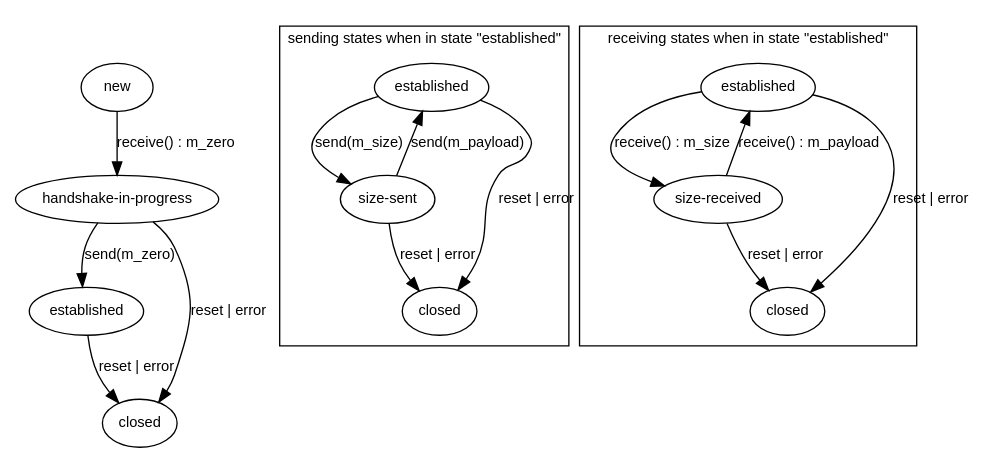
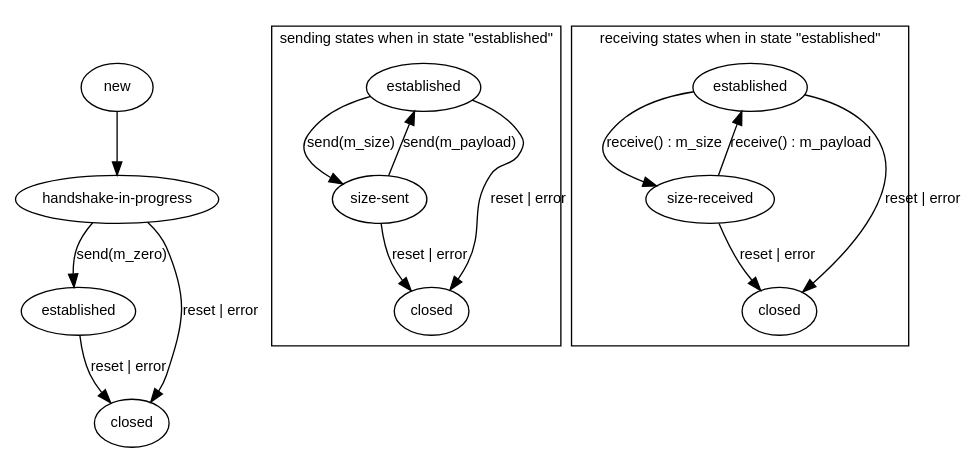
One commit to open-rsx/rsb-manual changed the second of 2 diagrams in specification-socket.rst. Above: the diagram before and after it, drawn with Graphviz. The commit also changed other lines of this file, not shown here.

First line of the commit message:
Fix description of setup handshake protocol

```diff
--- a/specification-socket.rst
+++ b/specification-socket.rst
@@ -182,37 +180,37 @@
 .. digraph:: server_states
 
    fontname=Arial
    fontsize=11
    node [fontsize=11,fontname=Arial]
    edge [fontsize=11,fontname=Arial]
 
    "new";
    "handshake-in-progress";
    "established";
    "closed";
-   "new" -> "handshake-in-progress" [label="receive() : m_zero"];
+   "new" -> "handshake-in-progress";
    "handshake-in-progress" -> "established" [label="send(m_zero)"];
    "handshake-in-progress" -> "closed" [label="reset | error"];
    "established" -> "closed" [label="reset | error"];
 
     subgraph cluster_established_send {
      label="sending states when in state \"established\""
      "established-send" [label="established"];
      "size-sent";
      "closed-send" [label="closed"];
      "established-send" -> "size-sent" [label="send(m_size)"];
      "size-sent" -> "established-send" [label="send(m_payload)"];
      "established-send" -> "closed-send" [label="reset | error"];
      "size-sent" -> "closed-send" [label="reset | error"];
    };
 
     subgraph cluster_established_receive {
      label="receiving states when in state \"established\""
      "established-receive" [label="established"];
      "size-received";
      "closed-receive" [label="closed"];
      "established-receive" -> "size-received" [label="receive() : m_size"];
      "size-received" -> "established-receive" [label="receive() : m_payload"];
      "established-receive" -> "closed-receive" [label="reset | error"];
      "size-received" -> "closed-receive" [label="reset | error"];
    };
```
